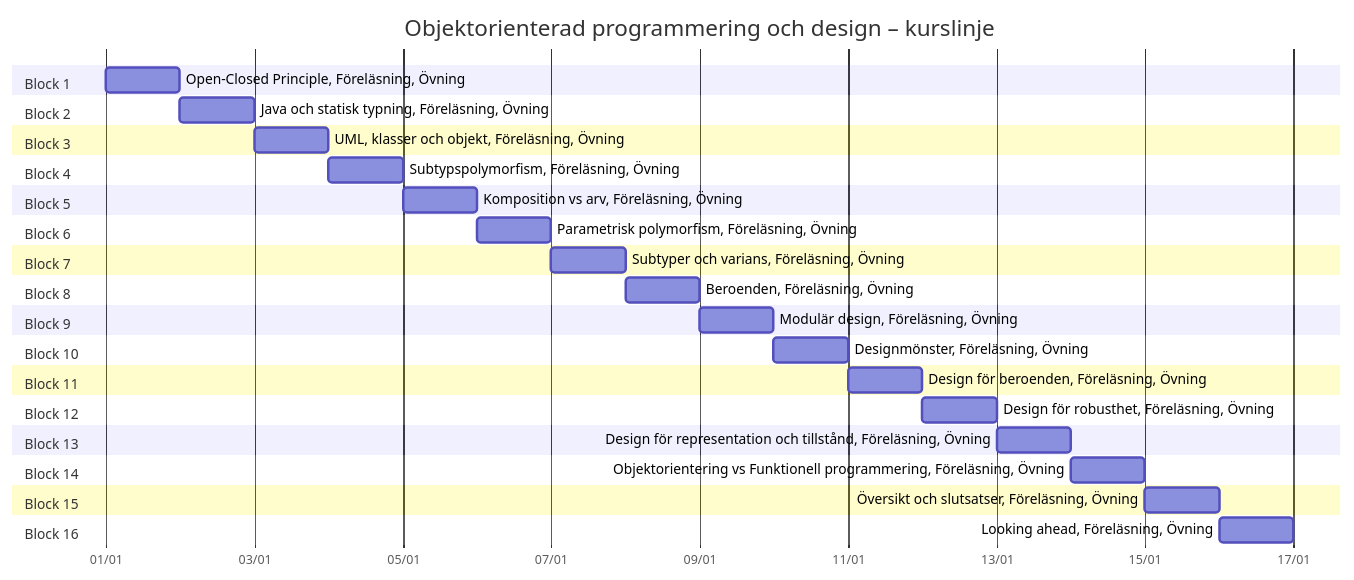
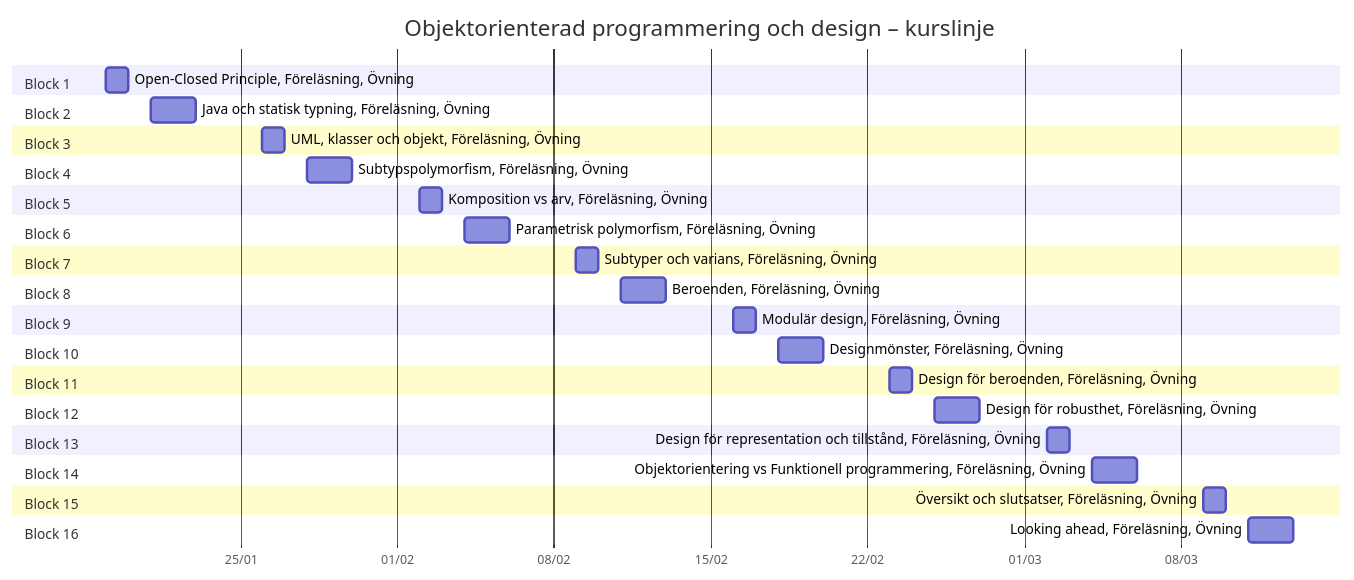
Before and after one commit to Scoutboy06/obsidian-vaults: the diagram in Skola/Objektorienterad programmering och design/Kursdesign.md, drawn with Mermaid. The commit also changed other lines of this file, not shown here.

Commit message:
vault backup: 2026-01-23 15:30:03

````diff
--- a/Skola/Objektorienterad programmering och design/Kursdesign.md
+++ b/Skola/Objektorienterad programmering och design/Kursdesign.md
@@ -1,54 +1,54 @@
 ```mermaid
 gantt
     dateFormat  YYYY-MM-DD
     title Objektorienterad programmering och design – kurslinje
     axisFormat  %d/%m
 
     section Block 1
-    Open-Closed Principle, Föreläsning, Övning: b1, 2026-01-01, 1d
+    Open-Closed Principle, Föreläsning, Övning: b1, 2026-01-19, 2026-01-20
 
     section Block 2
-    Java och statisk typning, Föreläsning, Övning: b2, 2026-01-02, 1d
+    Java och statisk typning, Föreläsning, Övning: b2, 2026-01-21, 2026-01-23
 
     section Block 3
-    UML, klasser och objekt, Föreläsning, Övning: b3, 2026-01-03, 1d
+    UML, klasser och objekt, Föreläsning, Övning: b3, 2026-01-26, 2026-01-27
 
     section Block 4
-    Subtypspolymorfism, Föreläsning, Övning: b4, 2026-01-04, 1d
+    Subtypspolymorfism, Föreläsning, Övning: b4, 2026-01-28, 2026-01-30
 
     section Block 5
-    Komposition vs arv, Föreläsning, Övning: b5, 2026-01-05, 1d
+    Komposition vs arv, Föreläsning, Övning: b5, 2026-02-02, 2026-02-03
 
     section Block 6
-    Parametrisk polymorfism, Föreläsning, Övning: b6, 2026-01-06, 1d
+    Parametrisk polymorfism, Föreläsning, Övning: b6, 2026-02-04, 2026-02-06
 
     section Block 7
-    Subtyper och varians, Föreläsning, Övning: b7, 2026-01-07, 1d
+    Subtyper och varians, Föreläsning, Övning: b7, 2026-02-09, 2026-02-10
 
     section Block 8
-    Beroenden, Föreläsning, Övning: b8, 2026-01-08, 1d
+    Beroenden, Föreläsning, Övning: b8, 2026-02-11, 2026-02-13
 
     section Block 9
-    Modulär design, Föreläsning, Övning: b9, 2026-01-09, 1d
+    Modulär design, Föreläsning, Övning: b9, 2026-02-16, 2026-02-17
 
     section Block 10
-    Designmönster, Föreläsning, Övning: b10, 2026-01-10, 1d
+    Designmönster, Föreläsning, Övning: b10, 2026-02-18, 2026-02-20
 
     section Block 11
-    Design för beroenden, Föreläsning, Övning: b11, 2026-01-11, 1d
+    Design för beroenden, Föreläsning, Övning: b11, 2026-02-23, 2026-02-24
 
     section Block 12
-    Design för robusthet, Föreläsning, Övning: b12, 2026-01-12, 1d
+    Design för robusthet, Föreläsning, Övning: b12, 2026-02-25, 2026-02-27
 
     section Block 13
-    Design för representation och tillstånd, Föreläsning, Övning: b13, 2026-01-13, 1d
+    Design för representation och tillstånd, Föreläsning, Övning: b13, 2026-03-02, 2026-03-03
 
     section Block 14
-    Objektorientering vs Funktionell programmering, Föreläsning, Övning: b14, 2026-01-14, 1d
+    Objektorientering vs Funktionell programmering, Föreläsning, Övning: b14, 2026-03-04, 2026-03-06
 
     section Block 15
-    Översikt och slutsatser, Föreläsning, Övning: b15, 2026-01-15, 1d
+    Översikt och slutsatser, Föreläsning, Övning: b15, 2026-03-09, 2026-03-10
 
     section Block 16
-    Looking ahead, Föreläsning, Övning: b16, 2026-01-16, 1d
+    Looking ahead, Föreläsning, Övning: b16, 2026-03-11, 2026-03-13
 ```
````
